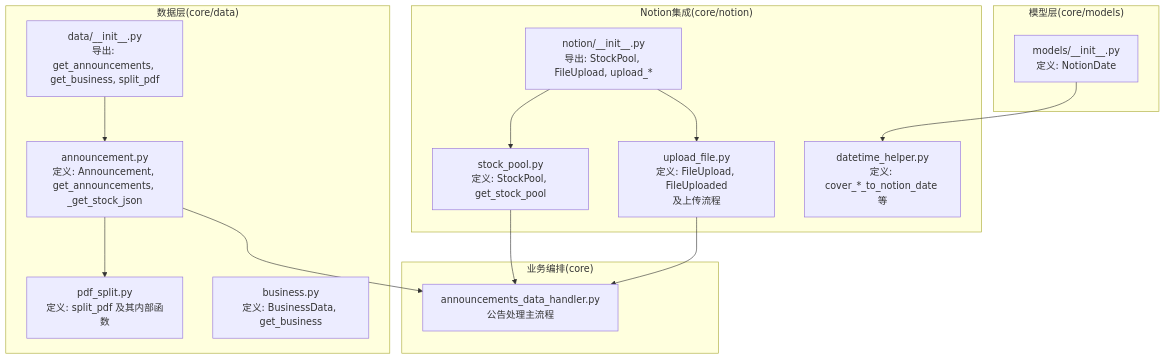
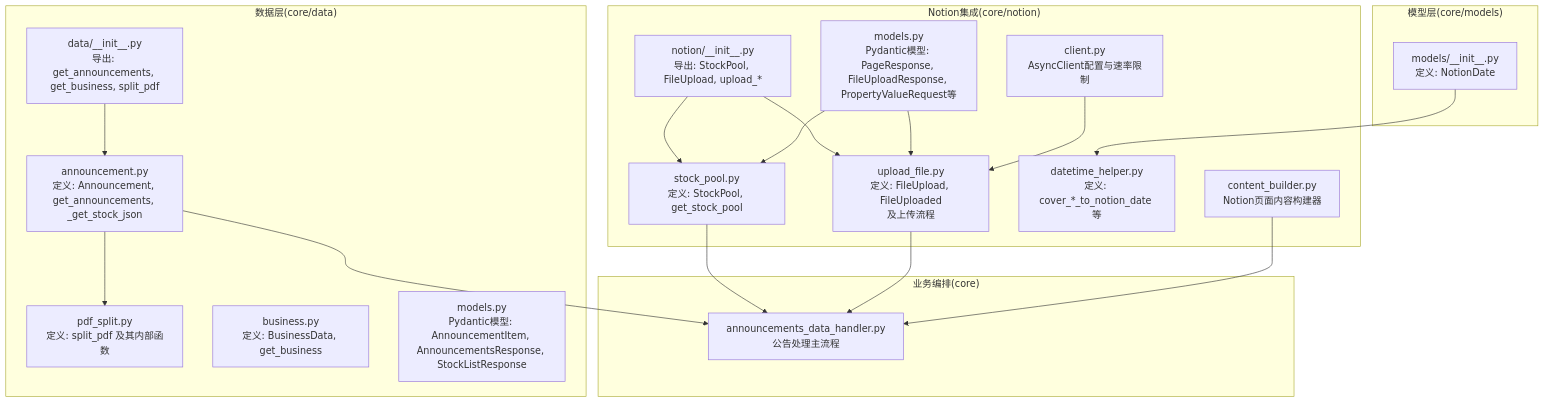
Before and after one commit to iverwong/DataLife: the first of 8 diagrams in .qoder/repowiki/zh/content/核心模块详解/数据模型定义/数据模型定义.md, drawn with Mermaid. The commit also changed other lines of this file and 6 other files, not shown here.

````diff
--- a/.qoder/repowiki/zh/content/核心模块详解/数据模型定义/数据模型定义.md
+++ b/.qoder/repowiki/zh/content/核心模块详解/数据模型定义/数据模型定义.md
@@ -44,29 +58,37 @@
 ```mermaid
 graph TB
 subgraph "数据层(core/data)"
 A1["announcement.py<br/>定义: Announcement, get_announcements, _get_stock_json"]
 A2["pdf_split.py<br/>定义: split_pdf 及其内部函数"]
 A3["business.py<br/>定义: BusinessData, get_business"]
 A4["data/__init__.py<br/>导出: get_announcements, get_business, split_pdf"]
+A5["models.py<br/>Pydantic模型: AnnouncementItem, AnnouncementsResponse, StockListResponse"]
 end
 subgraph "模型层(core/models)"
 M1["models/__init__.py<br/>定义: NotionDate"]
 end
 subgraph "Notion集成(core/notion)"
 N1["stock_pool.py<br/>定义: StockPool, get_stock_pool"]
 N2["upload_file.py<br/>定义: FileUpload, FileUploaded<br/>及上传流程"]
 N3["notion/__init__.py<br/>导出: StockPool, FileUpload, upload_*"]
 N4["datetime_helper.py<br/>定义: cover_*_to_notion_date 等"]
+N5["models.py<br/>Pydantic模型: PageResponse, FileUploadResponse, PropertyValueRequest等"]
+N6["client.py<br/>AsyncClient配置与速率限制"]
+N7["content_builder.py<br/>Notion页面内容构建器"]
 end
 subgraph "业务编排(core)"
 B1["announcements_data_handler.py<br/>公告处理主流程"]
 end
 A1 --> A2
 A1 --> B1
 N1 --> B1
 N2 --> B1
 M1 --> N4
 N3 --> N1
 N3 --> N2
 A4 --> A1
+N5 --> N2
+N5 --> N1
+N6 --> N2
+N7 --> B1
 ```
````
